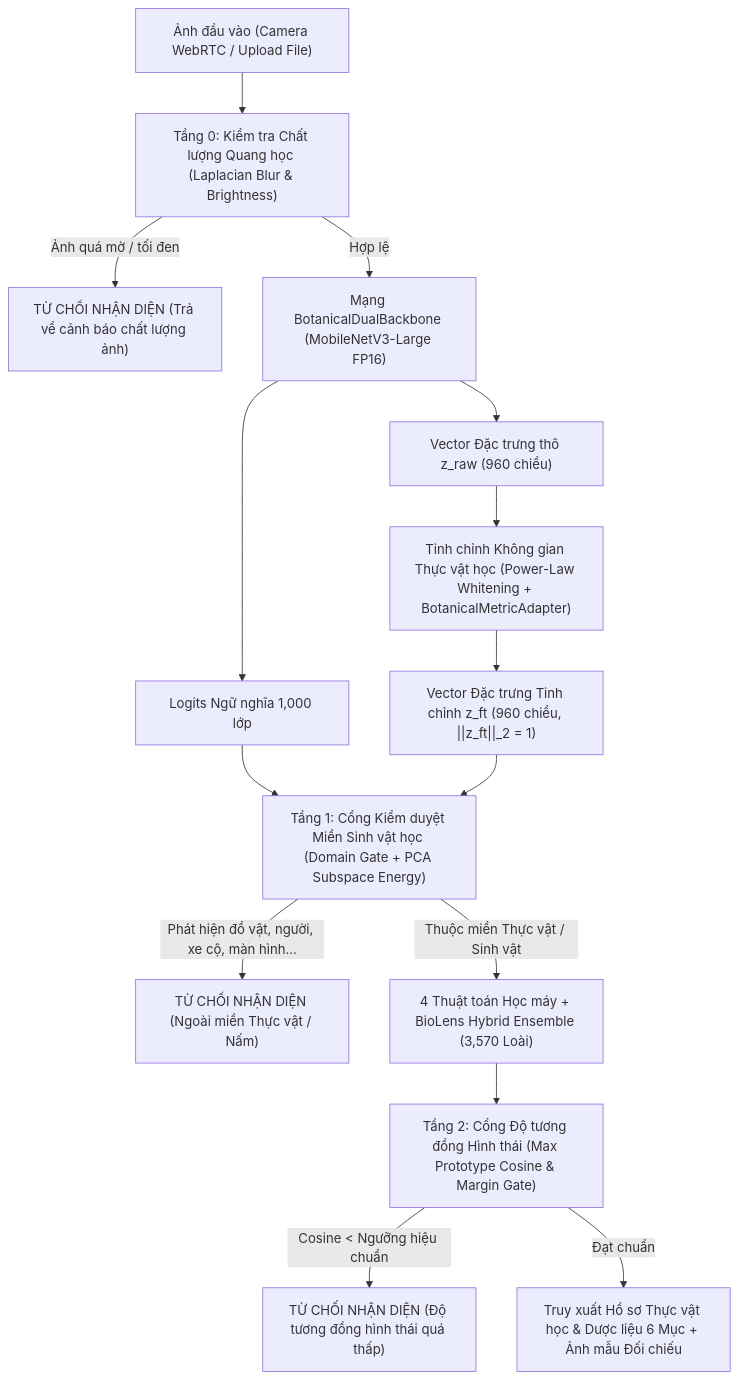
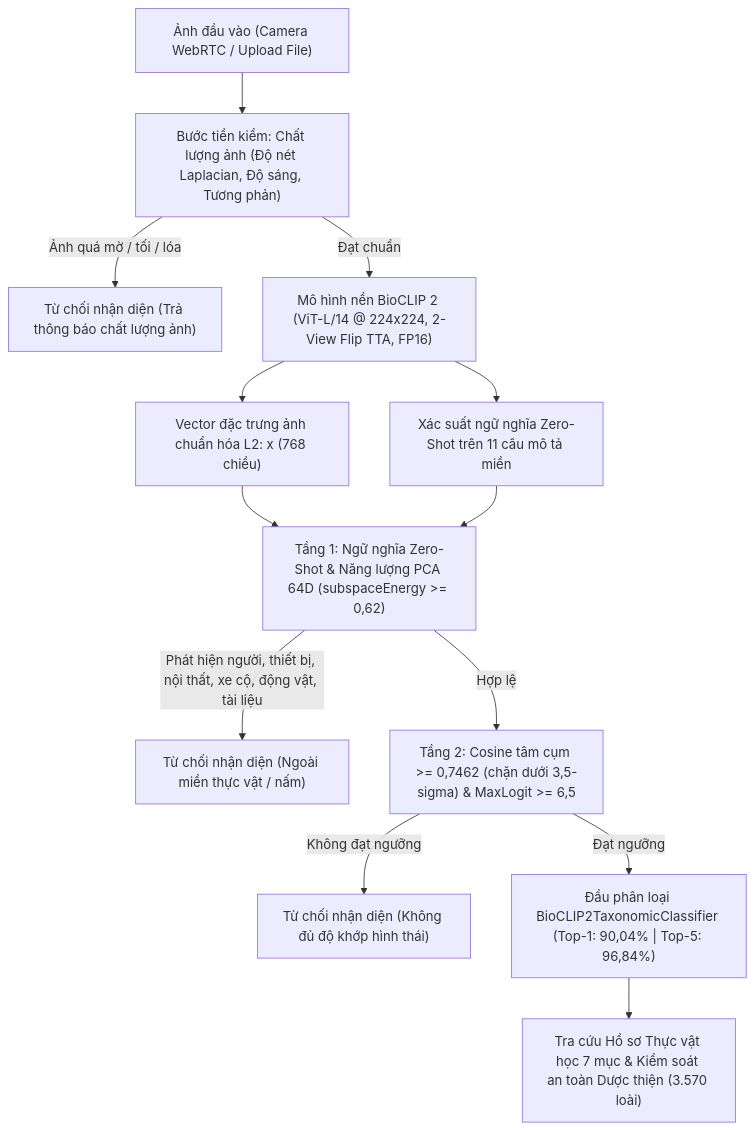
The diagram in docs/ARCHITECTURE.md (Duc-bug/BioLens), drawn with Mermaid before and after one commit. The commit also changed other lines of this file and 94 other files, not shown here.

````diff
--- a/docs/ARCHITECTURE.md
+++ b/docs/ARCHITECTURE.md
@@ -9,17 +9,15 @@
 ```mermaid
 flowchart TD
-    A["Ảnh đầu vào (Camera WebRTC / Upload File)"] --> B["Tầng 0: Kiểm tra Chất lượng Quang học (Laplacian Blur & Brightness)"]
-    B -- "Ảnh quá mờ / tối đen" --> R0["TỪ CHỐI NHẬN DIỆN (Trả về cảnh báo chất lượng ảnh)"]
-    B -- "Hợp lệ" --> C["Mạng BotanicalDualBackbone (MobileNetV3-Large FP16)"]
-    C --> D1["Logits Ngữ nghĩa 1,000 lớp"]
-    C --> D2["Vector Đặc trưng thô z_raw (960 chiều)"]
-    D2 --> E["Tinh chỉnh Không gian Thực vật học (Power-Law Whitening + BotanicalMetricAdapter)"]
-    E --> F["Vector Đặc trưng Tinh chỉnh z_ft (960 chiều, ||z_ft||_2 = 1)"]
-    D1 --> G["Tầng 1: Cổng Kiểm duyệt Miền Sinh vật học (Domain Gate + PCA Subspace Energy)"]
-    F --> G
-    G -- "Phát hiện đồ vật, người, xe cộ, màn hình..." --> R1["TỪ CHỐI NHẬN DIỆN (Ngoài miền Thực vật / Nấm)"]
-    G -- "Thuộc miền Thực vật / Sinh vật" --> H["4 Thuật toán Học máy + BioLens Hybrid Ensemble (3,570 Loài)"]
-    H --> I["Tầng 2: Cổng Độ tương đồng Hình thái (Max Prototype Cosine & Margin Gate)"]
-    I -- "Cosine < Ngưỡng hiệu chuẩn" --> R2["TỪ CHỐI NHẬN DIỆN (Độ tương đồng hình thái quá thấp)"]
-    I -- "Đạt chuẩn" --> J["Truy xuất Hồ sơ Thực vật học & Dược liệu 6 Mục + Ảnh mẫu Đối chiếu"]
+    A["Ảnh đầu vào (Camera WebRTC / Upload File)"] --> B["Bước tiền kiểm: Chất lượng ảnh (Độ nét Laplacian, Độ sáng, Tương phản)"]
+    B -- "Ảnh quá mờ / tối / lóa" --> R0["Từ chối nhận diện (Trả thông báo chất lượng ảnh)"]
+    B -- "Đạt chuẩn" --> C["Mô hình nền BioCLIP 2 (ViT-L/14 @ 224x224, 2-View Flip TTA, FP16)"]
+    C --> D1["Vector đặc trưng ảnh chuẩn hóa L2: x (768 chiều)"]
+    C --> D2["Xác suất ngữ nghĩa Zero-Shot trên 11 câu mô tả miền"]
+    D1 --> E["Tầng 1: Kiểm định ngữ nghĩa ngoài miền (prob_non_bio > 0,55 & prob_botanical < 0,45)"]
+    D2 --> E["Tầng 1: Ngữ nghĩa Zero-Shot & Năng lượng PCA 64D (subspaceEnergy >= 0,62)"]
+    E -- "Phát hiện người, thiết bị, nội thất, xe cộ, động vật, tài liệu" --> R1["Từ chối nhận diện (Ngoài miền thực vật / nấm)"]
+    E -- "Hợp lệ" --> F["Tầng 2: Cosine tâm cụm >= 0,7462 (chặn dưới 3,5-sigma) & MaxLogit >= 6,5"]
+    F -- "Không đạt ngưỡng" --> R2["Từ chối nhận diện (Không đủ độ khớp hình thái)"]
+    F -- "Đạt ngưỡng" --> G["Đầu phân loại BioCLIP2TaxonomicClassifier (Top-1: 90,04% | Top-5: 96,84%)"]
+    G --> H["Tra cứu Hồ sơ Thực vật học 7 mục & Kiểm soát an toàn Dược thiện (3.570 loài)"]
 ```
````
